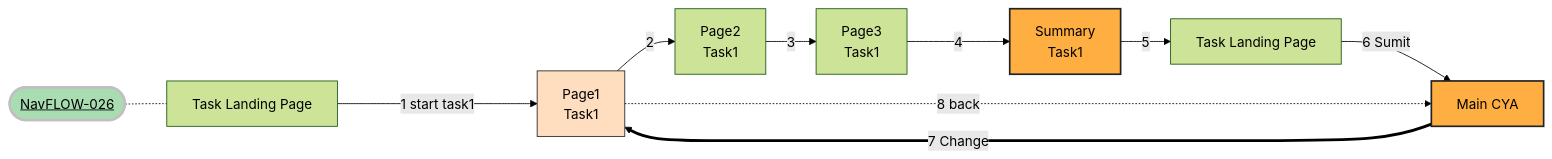
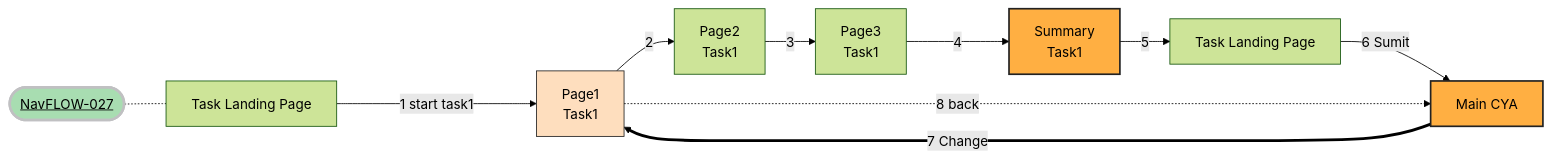
One commit to hmrc/gform-frontend changed diagram 27 of 30 in Navigation.md. Above: the diagram before and after it, drawn with Mermaid. The commit also changed other lines of this file and 1 other file, not shown here.

````diff
--- a/Navigation.md
+++ b/Navigation.md
@@ -874,22 +879,22 @@
 ```mermaid
 %%{init: {'theme': 'forest', "flowchart" : { "curve" : "basis" } } }%%
 graph LR;
-    title([<u>NavFLOW-026</u>])
+    title([<u>NavFLOW-027</u>])
     title -.- TaskLandingPage["Task Landing Page"]
     TaskLandingPage ----> |1 start task1| Task1Page1["Page1</br>Task1"]
     Task1Page1 --> |2| Task1Page2["Page2</br>Task1"]
     Task1Page2 --> |3| Task1Page3["Page3</br>Task1"]
     Task1Page3 --> |4| Task1Summary["Summary</br>Task1"]
     Task1Summary --> |5| TaskLandingPageFinal["Task Landing Page"]
     TaskLandingPageFinal --> |6 Sumit| CYA["Main CYA"]
     CYA ===> |7 Change|Task1Page1
     Task1Page1 -.8 back.-> CYA
 
     classDef orange fill:#fedebe,stroke:#222,stroke-width:1px
     class Task1Page1 orange
     classDef greenTitle fill:#a8ddb1 ,stroke:#c0c0c2,stroke-width:3px
     classDef orangeCYA fill:#ffaf42,stroke:#222,stroke-width:2px
     class CYA orangeCYA
     class Task1Summary orangeCYA
     class title greenTitle
 ```
````
